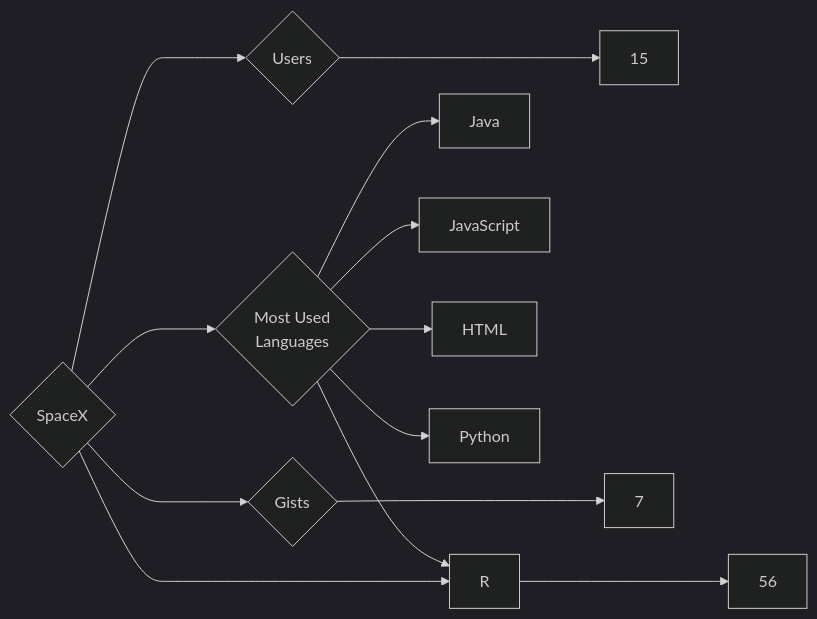
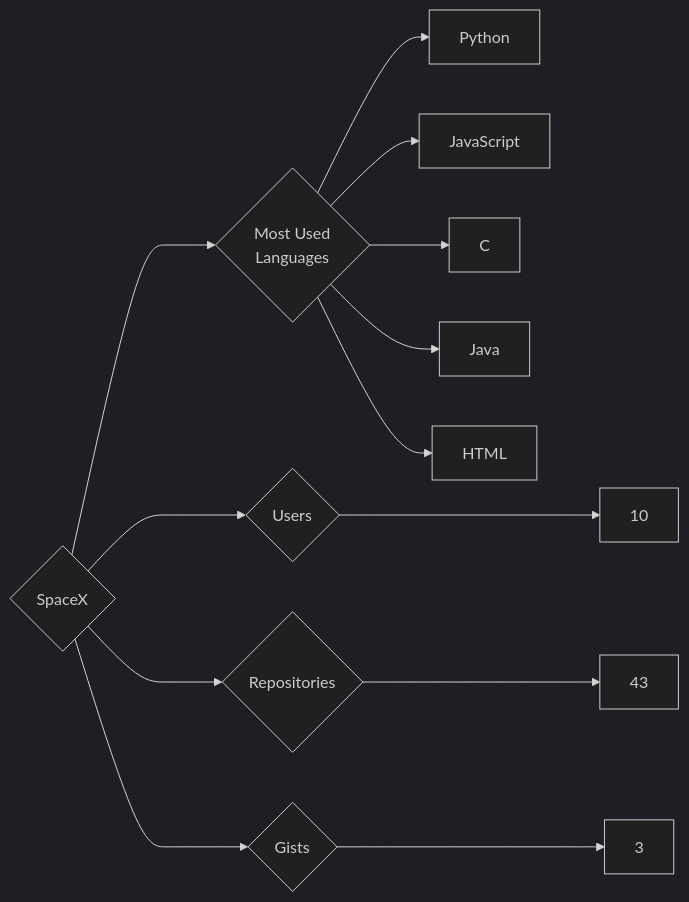
One commit to trickest/insiders changed the diagram in targets/SpaceX/README.md. Above: the diagram before and after it, drawn with Mermaid (dark theme). The commit also changed 1484 other files, not shown here.

````diff
--- a/targets/SpaceX/README.md
+++ b/targets/SpaceX/README.md
@@ -3,13 +3,13 @@
 ```mermaid
 graph LR
 COMPANY_NAME{SpaceX}
-COMPANY_NAME ---> U{Users} ---> UN[15]
-COMPANY_NAME ---> R{Repositories} ---> RN[56]
-COMPANY_NAME ---> G{Gists} ---> GN[7]
+COMPANY_NAME ---> U{Users} ---> UN[10]
+COMPANY_NAME ---> R{Repositories} ---> RN[43]
+COMPANY_NAME ---> G{Gists} ---> GN[3]
 COMPANY_NAME ---> ML{Most Used<br>Languages}
+ML --> Python[Python]
+ML --> JavaScript[JavaScript]
+ML --> C[C]
 ML --> Java[Java]
-ML --> JavaScript[JavaScript]
-ML --> R[R]
 ML --> HTML[HTML]
-ML --> Python[Python]
 ```
````
